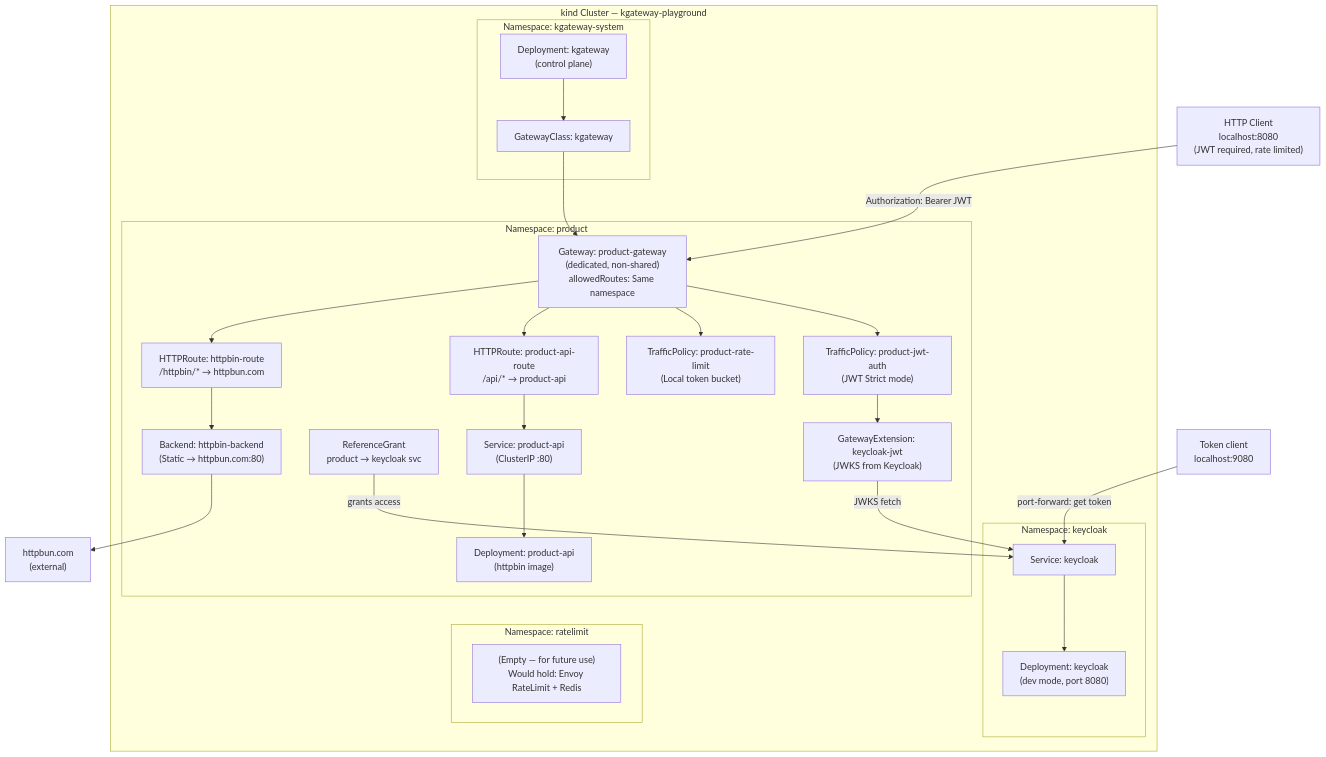
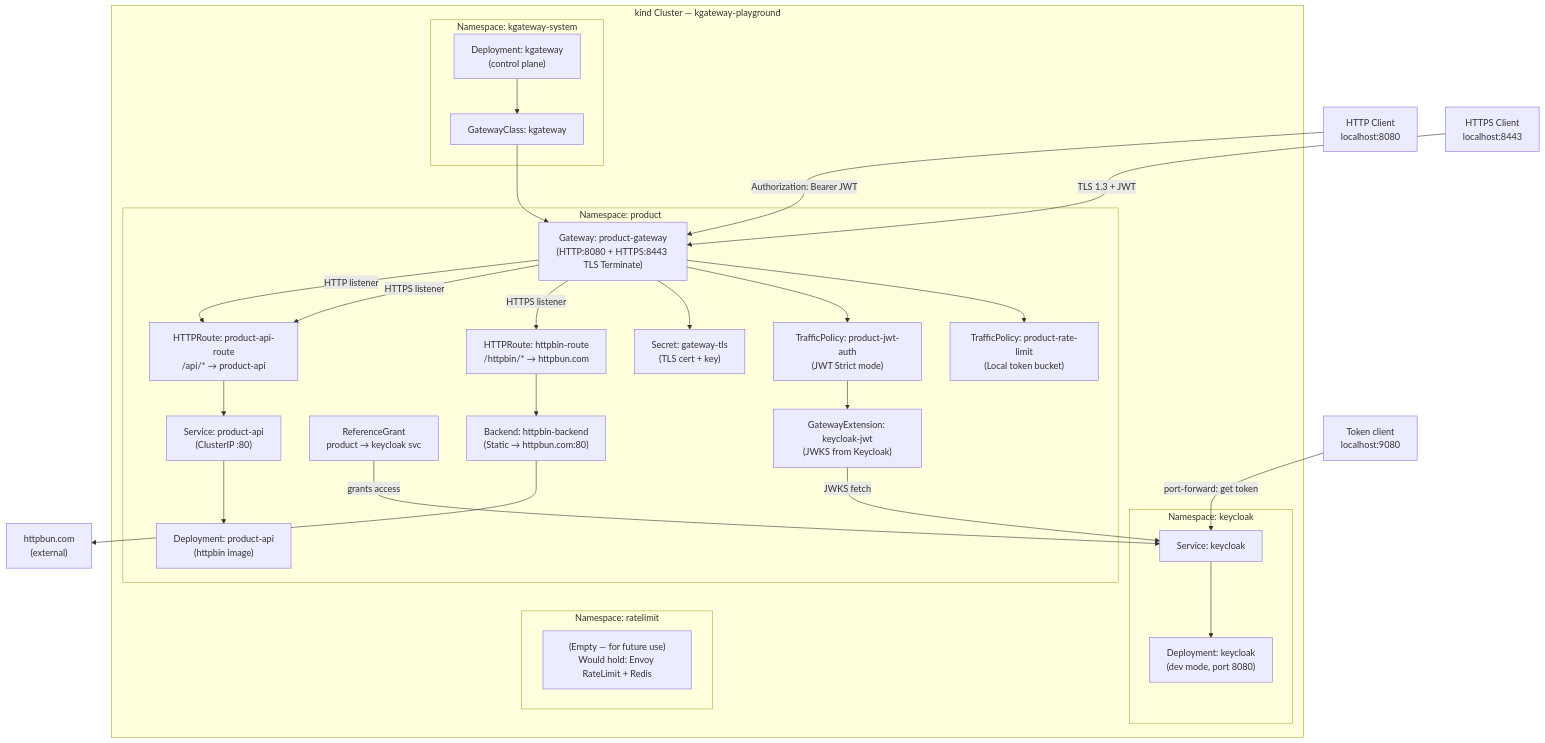
The diagram in docs/architecture.md (iron87/k-gateway-playground), drawn with Mermaid before and after one commit. The commit also changed other lines of this file and 10 other files, not shown here.

Commit message:
feat: add HTTPS/TLS termination support with self-signed certificate and update related documentation

````diff
--- a/docs/architecture.md
+++ b/docs/architecture.md
@@ -5,52 +23,57 @@
 ```mermaid
 graph TD
     subgraph kind["kind Cluster — kgateway-playground"]
         subgraph kgsys["Namespace: kgateway-system"]
             ctrl["Deployment: kgateway\n(control plane)"]
             gc["GatewayClass: kgateway"]
         end
 
         subgraph keycloak_ns["Namespace: keycloak"]
             kc["Deployment: keycloak\n(dev mode, port 8080)"]
             kc_svc["Service: keycloak"]
         end
 
         subgraph ratelimit_ns["Namespace: ratelimit"]
             note_rl["(Empty — for future use)\nWould hold: Envoy RateLimit + Redis"]
         end
 
         subgraph product["Namespace: product"]
-            gw["Gateway: product-gateway\n(dedicated, non-shared)\nallowedRoutes: Same namespace"]
+            gw["Gateway: product-gateway\n(HTTP:8080 + HTTPS:8443 TLS Terminate)"]
             tp_jwt["TrafficPolicy: product-jwt-auth\n(JWT Strict mode)"]
             ge_jwt["GatewayExtension: keycloak-jwt\n(JWKS from Keycloak)"]
             tp_rl["TrafficPolicy: product-rate-limit\n(Local token bucket)"]
+            tls_secret["Secret: gateway-tls\n(TLS cert + key)"]
             rg_kc["ReferenceGrant\nproduct → keycloak svc"]
             r1["HTTPRoute: product-api-route\n/api/* → product-api"]
             r2["HTTPRoute: httpbin-route\n/httpbin/* → httpbun.com"]
             svc1["Service: product-api\n(ClusterIP :80)"]
             dep1["Deployment: product-api\n(httpbin image)"]
             back1["Backend: httpbin-backend\n(Static → httpbun.com:80)"]
         end
     end
 
     internet["httpbun.com\n(external)"]
-    client["HTTP Client\nlocalhost:8080\n(JWT required, rate limited)"]
+    client_http["HTTP Client\nlocalhost:8080"]
+    client_https["HTTPS Client\nlocalhost:8443"]
     kc_client["Token client\nlocalhost:9080"]
 
     ctrl --> gc
     gc --> gw
+    gw -->|HTTP listener| r1
+    gw -->|HTTPS listener| r1
+    gw -->|HTTPS listener| r2
+    gw --> tls_secret
     gw --> tp_jwt
     gw --> tp_rl
     tp_jwt --> ge_jwt
     ge_jwt -->|JWKS fetch| kc_svc
     kc_svc --> kc
     rg_kc -->|grants access| kc_svc
-    gw --> r1
-    gw --> r2
     r1 --> svc1
     svc1 --> dep1
     r2 --> back1
     back1 --> internet
-    client -->|Authorization: Bearer JWT| gw
+    client_http -->|Authorization: Bearer JWT| gw
+    client_https -->|TLS 1.3 + JWT| gw
     kc_client -->|port-forward: get token| kc_svc
 ```
````
